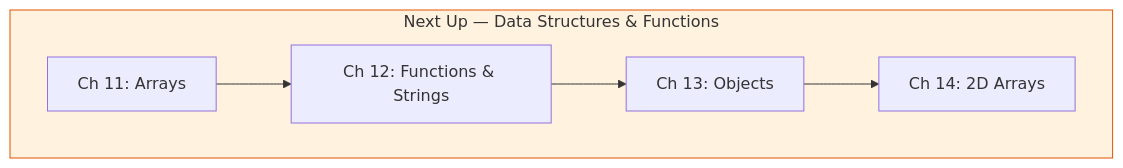
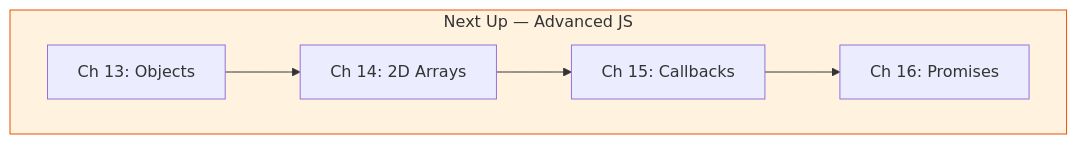
Before and after one commit to azherkhan0215-qa/LearnPlayWrightBatch2X: diagram 24 of 26 in README.md, drawn with Mermaid. The commit also changed other lines of this file and 21 other files, not shown here.

Commit message:
Add Chapters 11-12: Arrays and Functions + update README with new sections and folder structure

````diff
--- a/README.md
+++ b/README.md
@@ -1283,10 +1425,10 @@
 ```mermaid
 graph TD
-    subgraph next["Next Up — Data Structures & Functions"]
-        N1["Ch 11: Arrays"] --> N2[Ch 12: Functions & Strings]
-        N2 --> N3[Ch 13: Objects]
-        N3 --> N4[Ch 14: 2D Arrays]
+    subgraph next["Next Up — Advanced JS"]
+        N1["Ch 13: Objects"] --> N2[Ch 14: 2D Arrays]
+        N2 --> N3[Ch 15: Callbacks]
+        N3 --> N4[Ch 16: Promises]
     end
 
     style next fill:#fff3e0,stroke:#e65100
 ```
````
